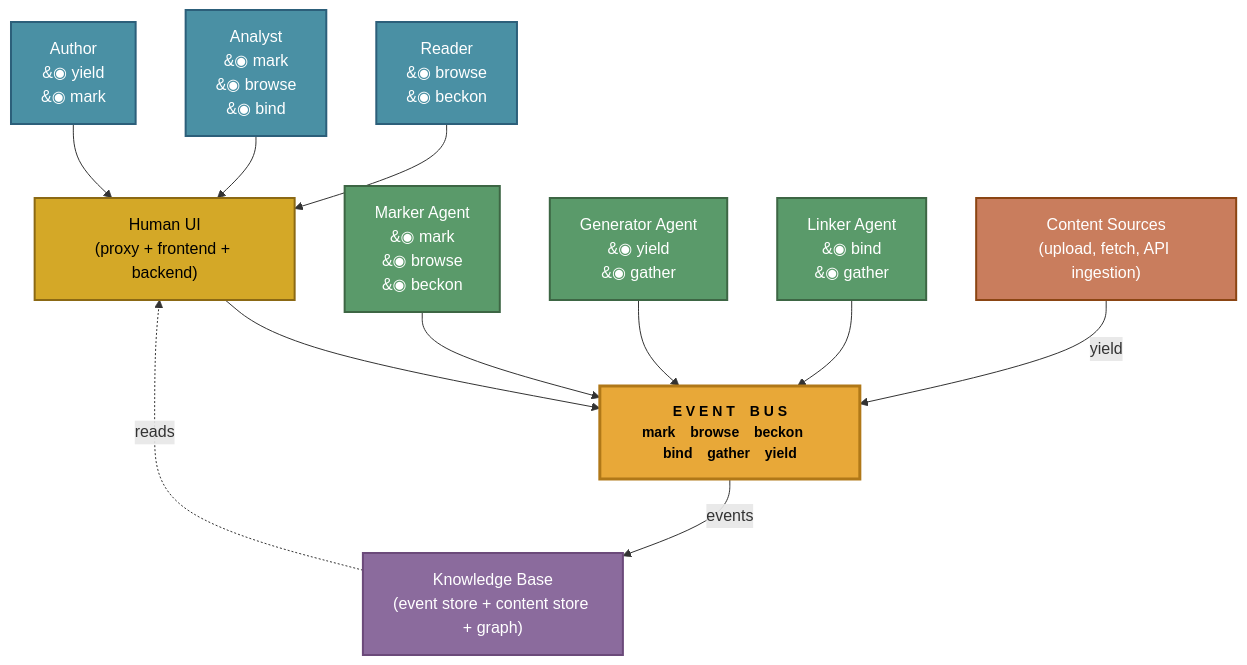
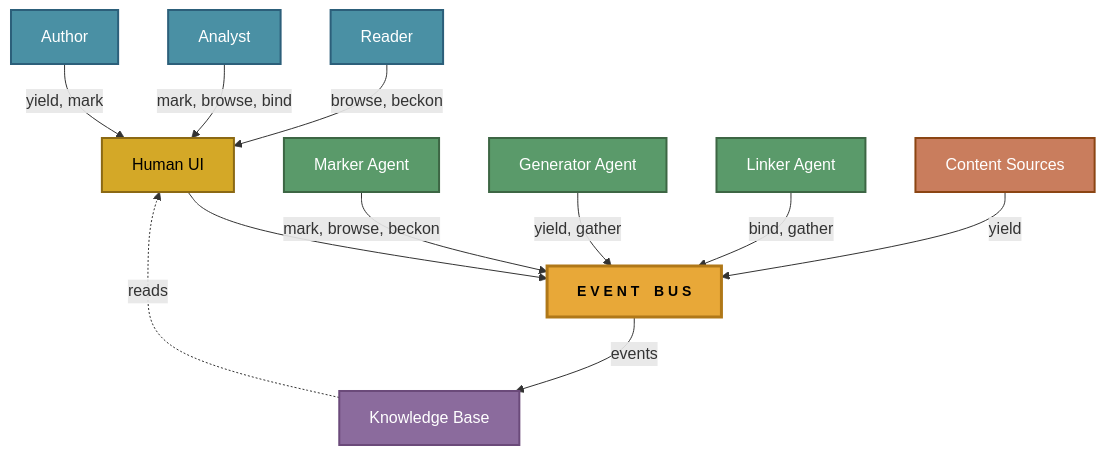
The first of 3 diagrams in docs/ARCHITECTURE-NEXT.md (The-AI-Alliance/semiont), drawn with Mermaid before and after one commit. The commit also changed other lines of this file, not shown here.

Commit message:
fix labels and newlines

````diff
--- a/docs/ARCHITECTURE-NEXT.md
+++ b/docs/ARCHITECTURE-NEXT.md
@@ -17,64 +17,64 @@
 ```mermaid
 graph TB
     %% ================================================================
     %% INTELLIGENT ACTORS (above the bus)
     %% ================================================================
 
-    READER["Reader\n&#9673; browse\n&#9673; beckon"]
-    ANALYST["Analyst\n&#9673; mark\n&#9673; browse\n&#9673; bind"]
-    AUTHOR["Author\n&#9673; yield\n&#9673; mark"]
-    UI["Human UI\n(proxy + frontend + backend)"]
-    MARKER["Marker Agent\n&#9673; mark\n&#9673; browse\n&#9673; beckon"]
-    GENERATOR["Generator Agent\n&#9673; yield\n&#9673; gather"]
-    LINKER["Linker Agent\n&#9673; bind\n&#9673; gather"]
+    READER["Reader"]
+    ANALYST["Analyst"]
+    AUTHOR["Author"]
+    UI["Human UI"]
+    MARKER["Marker Agent"]
+    GENERATOR["Generator Agent"]
+    LINKER["Linker Agent"]
 
     %% ================================================================
     %% EVENT BUS (wide horizontal bar in the center)
     %% ================================================================
-    BUS["E V E N T &ensp; B U S\nmark &ensp; browse &ensp; beckon &ensp; bind &ensp; gather &ensp; yield"]
+    BUS["E V E N T &ensp; B U S"]
 
     %% ================================================================
     %% PASSIVE ACTORS (below the bus)
     %% ================================================================
 
-    KB["Knowledge Base\n(event store + content store + graph)"]
-    SOURCES["Content Sources\n(upload, fetch, API ingestion)"]
+    KB["Knowledge Base"]
+    SOURCES["Content Sources"]
 
     %% ================================================================
     %% CONNECTIONS: Intelligent actors → Bus
     %% ================================================================
 
-    READER --> UI
-    ANALYST --> UI
-    AUTHOR --> UI
+    READER -->|"browse, beckon"| UI
+    ANALYST -->|"mark, browse, bind"| UI
+    AUTHOR -->|"yield, mark"| UI
     UI --> BUS
 
-    MARKER --> BUS
-    GENERATOR --> BUS
-    LINKER --> BUS
+    MARKER -->|"mark, browse, beckon"| BUS
+    GENERATOR -->|"yield, gather"| BUS
+    LINKER -->|"bind, gather"| BUS
 
     %% ================================================================
     %% CONNECTIONS: Bus ↔ Passive actors
     %% ================================================================
 
     BUS -->|events| KB
     KB -.->|reads| UI
     SOURCES -->|yield| BUS
 
     %% ================================================================
     %% STYLING
     %% ================================================================
     classDef bus fill:#e8a838,stroke:#b07818,stroke-width:3px,color:#000,font-weight:bold,font-size:14px
     classDef human fill:#4a90a4,stroke:#2c5f7a,stroke-width:2px,color:#fff
     classDef ai fill:#5a9a6a,stroke:#3d6644,stroke-width:2px,color:#fff
     classDef ui fill:#d4a827,stroke:#8b6914,stroke-width:2px,color:#000
     classDef kb fill:#8b6b9d,stroke:#6b4a7a,stroke-width:2px,color:#fff
     classDef stream fill:#c97d5d,stroke:#8b4513,stroke-width:2px,color:#fff
 
     class BUS bus
     class READER,ANALYST,AUTHOR human
     class MARKER,GENERATOR,LINKER ai
     class UI ui
     class KB kb
     class SOURCES stream
 ```
````
